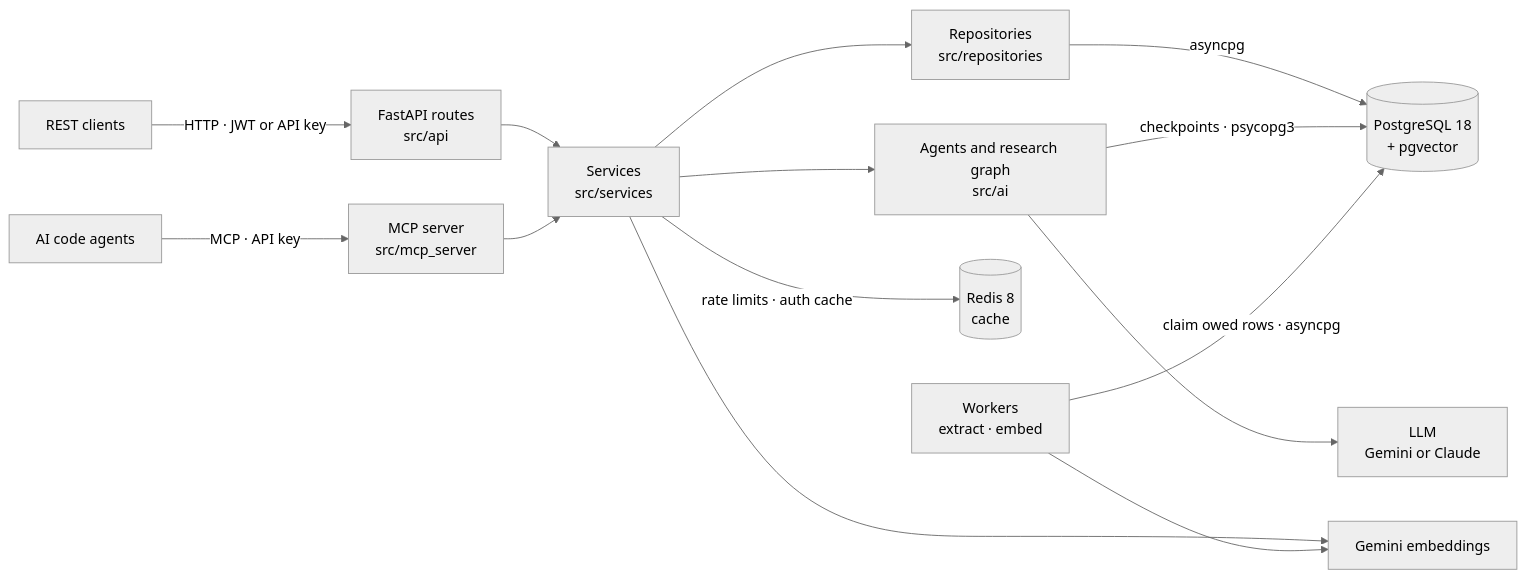
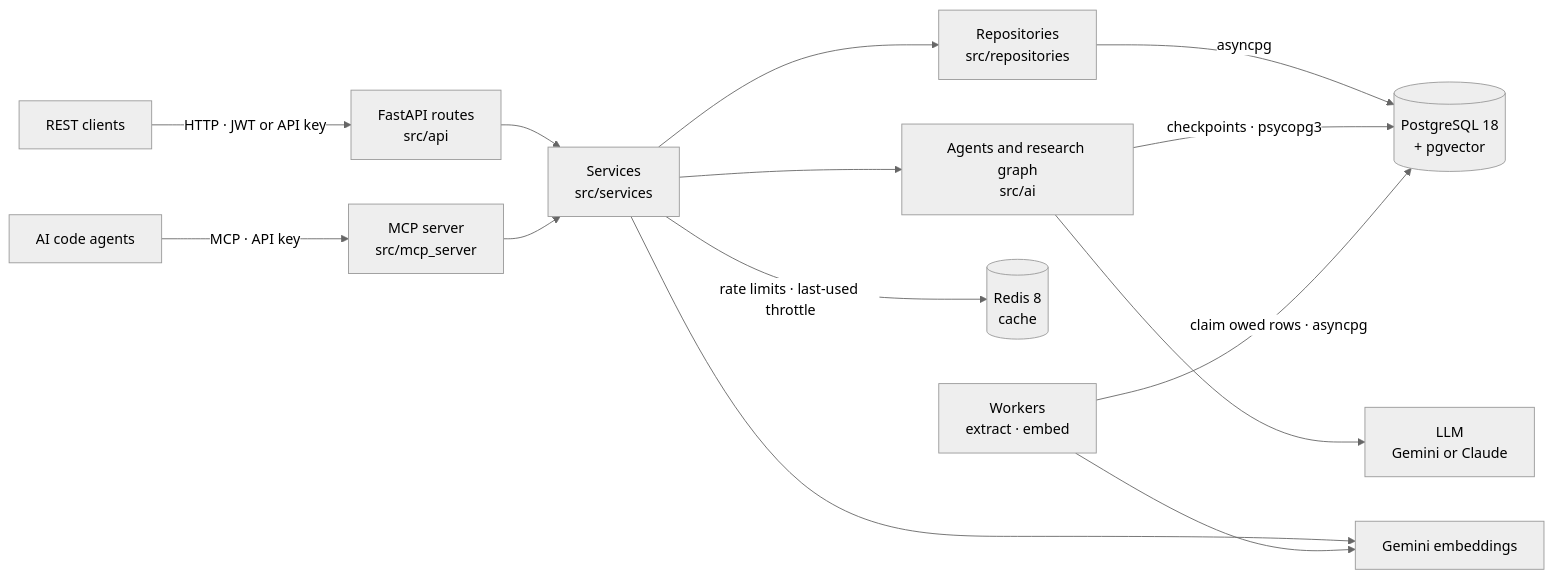
One commit to Serafim-Yablonski/KnowledgePlatform changed the diagram in README.md. Above: the diagram before and after it, drawn with Mermaid (neutral theme). The commit also changed other lines of this file and 3 other files, not shown here.

````diff
--- a/README.md
+++ b/README.md
@@ -25,16 +26,16 @@
 ```mermaid
 graph LR
     REST["REST clients"] -->|HTTP · JWT or API key| API["FastAPI routes<br/>src/api"]
     AGENT["AI code agents"] -->|MCP · API key| MCP["MCP server<br/>src/mcp_server"]
     API --> SVC["Services<br/>src/services"]
     MCP --> SVC
     SVC --> REPO["Repositories<br/>src/repositories"]
     SVC --> AI["Agents and research graph<br/>src/ai"]
     REPO -->|asyncpg| PG[("PostgreSQL 18<br/>+ pgvector")]
     AI -->|checkpoints · psycopg3| PG
     AI --> LLM["LLM<br/>Gemini or Claude"]
     SVC --> EMB["Gemini embeddings"]
-    SVC -->|rate limits · auth cache| REDIS[("Redis 8<br/>cache")]
+    SVC -->|rate limits · last-used throttle| REDIS[("Redis 8<br/>cache")]
     W["Workers<br/>extract · embed"] -->|claim owed rows · asyncpg| PG
     W --> EMB
 ```
````
